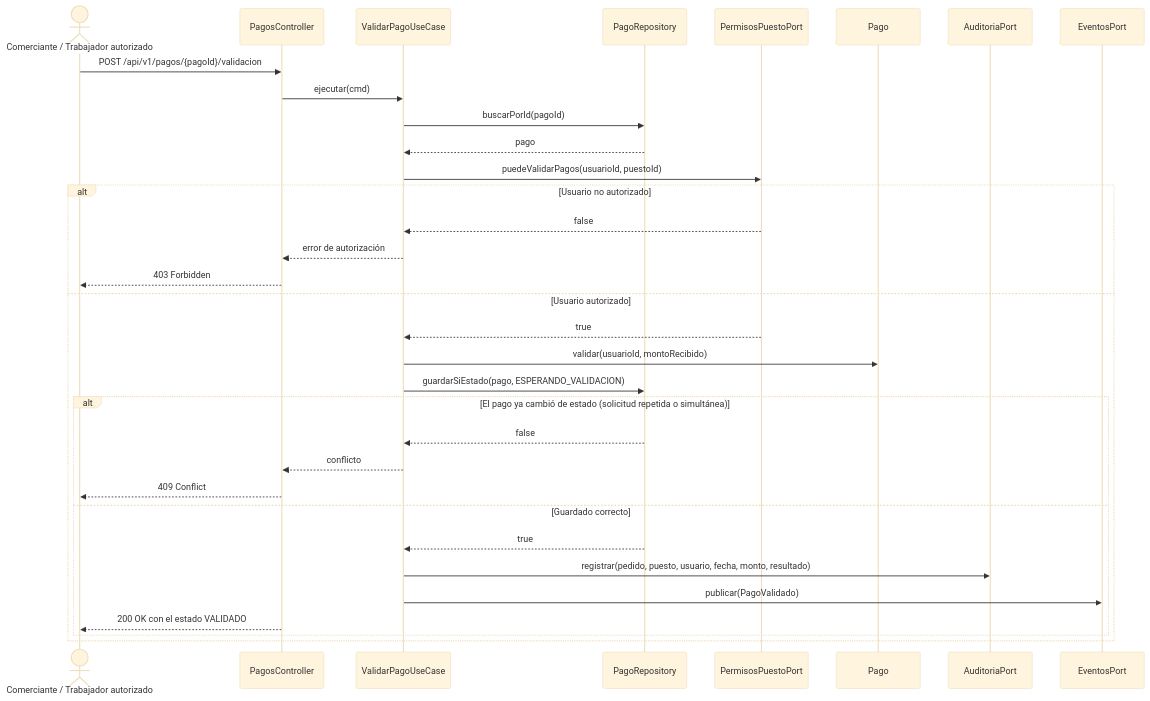
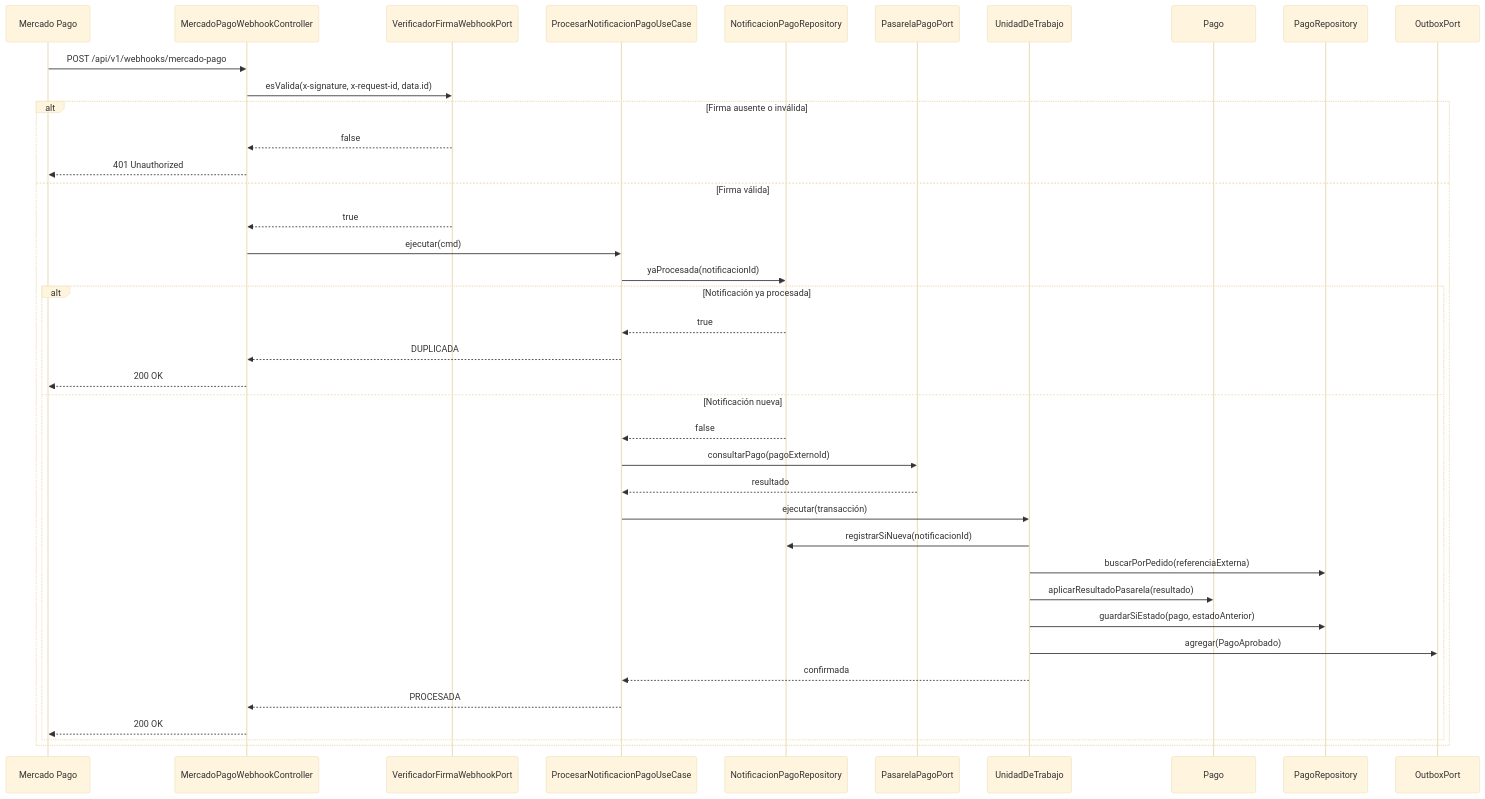
One commit to DheanFernandez/mercado-multivendedor changed the third of 3 diagrams in docs/03-diseño-de-software/diseño-interno/diseño-interno-de-modulos.md. Above: the diagram before and after it, drawn with Mermaid (base theme). The commit also changed other lines of this file and 24 other files, not shown here.

Commit message:
docs: refactorizar estilo a monolito modular e integrar pago unico con Mercado Pago

````diff
--- a/docs/03-diseño-de-software/diseño-interno/diseño-interno-de-modulos.md
+++ b/docs/03-diseño-de-software/diseño-interno/diseño-interno-de-modulos.md
@@ -225,36 +280,42 @@
 ```mermaid
 sequenceDiagram
-    actor CM as Comerciante / Trabajador autorizado
-    participant CTRL as PagosController
-    participant UC as ValidarPagoUseCase
+    participant MP as Mercado Pago
+    participant WH as MercadoPagoWebhookController
+    participant VER as VerificadorFirmaWebhookPort
+    participant UC as ProcesarNotificacionPagoUseCase
+    participant NOT as NotificacionPagoRepository
+    participant PAS as PasarelaPagoPort
+    participant UOW as UnidadDeTrabajo
+    participant PAGO as Pago
     participant REPO as PagoRepository
-    participant PERM as PermisosPuestoPort
-    participant PAGO as Pago
-    participant AUD as AuditoriaPort
-    participant EV as EventosPort
+    participant OUT as OutboxPort
 
-    CM->>CTRL: POST /api/v1/pagos/{pagoId}/validacion
-    CTRL->>UC: ejecutar(cmd)
-    UC->>REPO: buscarPorId(pagoId)
-    REPO-->>UC: pago
-    UC->>PERM: puedeValidarPagos(usuarioId, puestoId)
-    alt Usuario no autorizado
-        PERM-->>UC: false
-        UC-->>CTRL: error de autorización
-        CTRL-->>CM: 403 Forbidden
-    else Usuario autorizado
-        PERM-->>UC: true
-        UC->>PAGO: validar(usuarioId, montoRecibido)
-        UC->>REPO: guardarSiEstado(pago, ESPERANDO_VALIDACION)
-        alt El pago ya cambió de estado (solicitud repetida o simultánea)
-            REPO-->>UC: false
-            UC-->>CTRL: conflicto
-            CTRL-->>CM: 409 Conflict
-        else Guardado correcto
-            REPO-->>UC: true
-            UC->>AUD: registrar(pedido, puesto, usuario, fecha, monto, resultado)
-            UC->>EV: publicar(PagoValidado)
-            CTRL-->>CM: 200 OK con el estado VALIDADO
+    MP->>WH: POST /api/v1/webhooks/mercado-pago
+    WH->>VER: esValida(x-signature, x-request-id, data.id)
+    alt Firma ausente o inválida
+        VER-->>WH: false
+        WH-->>MP: 401 Unauthorized
+    else Firma válida
+        VER-->>WH: true
+        WH->>UC: ejecutar(cmd)
+        UC->>NOT: yaProcesada(notificacionId)
+        alt Notificación ya procesada
+            NOT-->>UC: true
+            UC-->>WH: DUPLICADA
+            WH-->>MP: 200 OK
+        else Notificación nueva
+            NOT-->>UC: false
+            UC->>PAS: consultarPago(pagoExternoId)
+            PAS-->>UC: resultado
+            UC->>UOW: ejecutar(transacción)
+            UOW->>NOT: registrarSiNueva(notificacionId)
+            UOW->>REPO: buscarPorPedido(referenciaExterna)
+            UOW->>PAGO: aplicarResultadoPasarela(resultado)
+            UOW->>REPO: guardarSiEstado(pago, estadoAnterior)
+            UOW->>OUT: agregar(PagoAprobado)
+            UOW-->>UC: confirmada
+            UC-->>WH: PROCESADA
+            WH-->>MP: 200 OK
         end
     end
 ```
````
